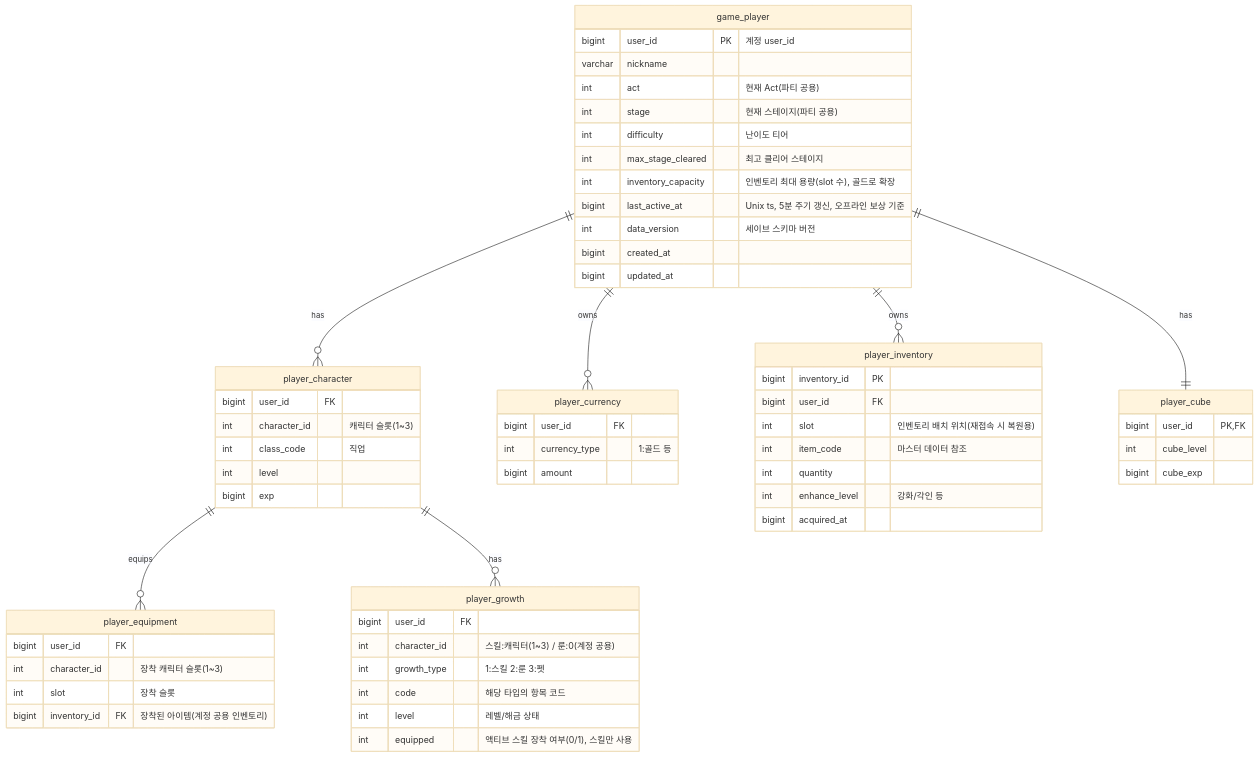
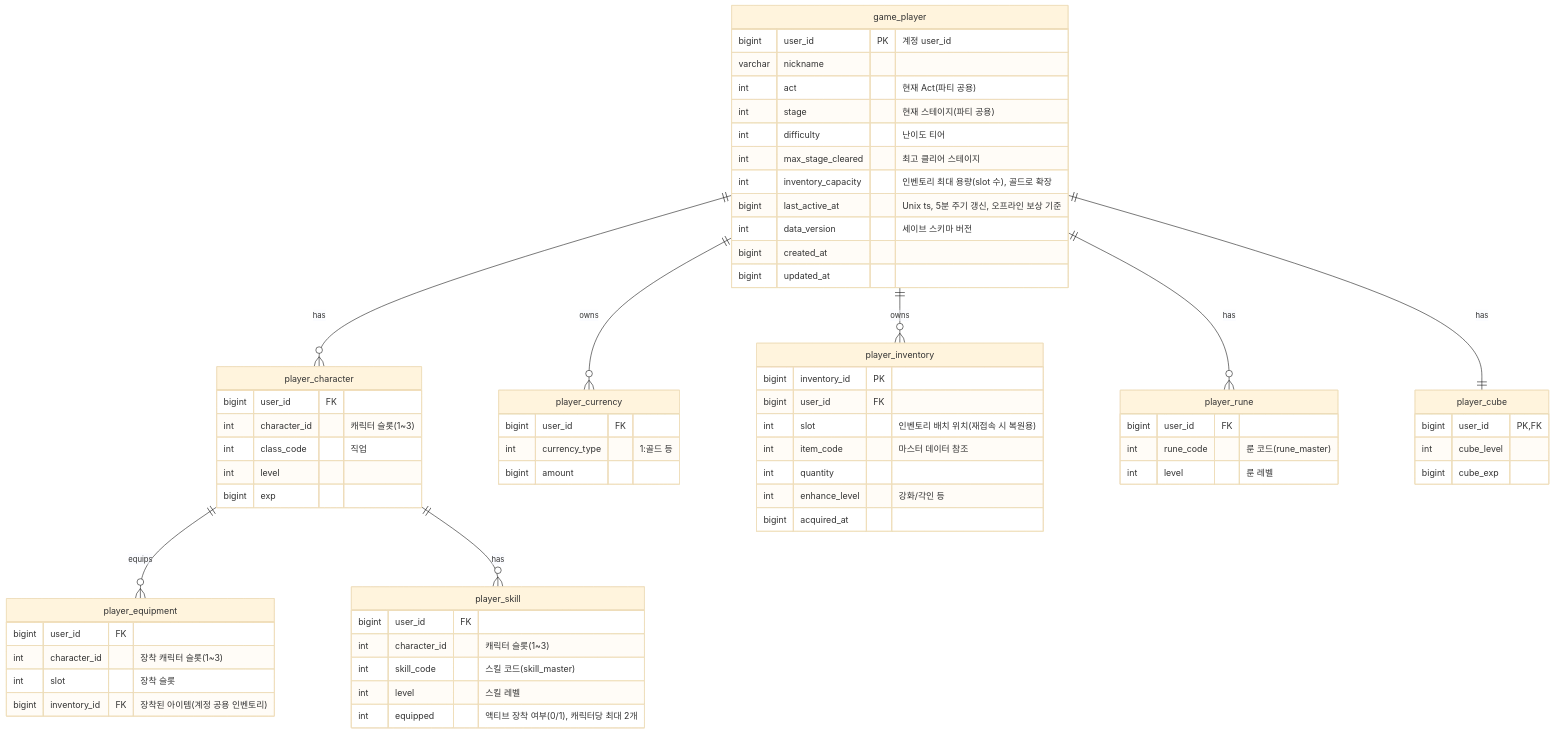
Before and after one commit to ks-wook/com2us-taskbar-hero: the diagram in docs/세부/save-data-기획서.md, drawn with Mermaid (base theme). The commit also changed other lines of this file and 8 other files, not shown here.

Commit message:
api erd 문서 수정

````diff
--- a/docs/세부/save-data-기획서.md
+++ b/docs/세부/save-data-기획서.md
@@ -30,69 +33,75 @@
 ```mermaid
 erDiagram
     game_player      ||--o{ player_character : has
     game_player      ||--o{ player_currency  : owns
     game_player      ||--o{ player_inventory : owns
+    game_player      ||--o{ player_rune      : has
     game_player      ||--|| player_cube      : has
     player_character ||--o{ player_equipment : equips
-    player_character ||--o{ player_growth    : has
+    player_character ||--o{ player_skill     : has
 
     game_player {
         bigint  user_id PK "계정 user_id"
         varchar nickname
         int     act "현재 Act(파티 공용)"
         int     stage "현재 스테이지(파티 공용)"
         int     difficulty "난이도 티어"
         int     max_stage_cleared "최고 클리어 스테이지"
         int     inventory_capacity "인벤토리 최대 용량(slot 수), 골드로 확장"
         bigint  last_active_at "Unix ts, 5분 주기 갱신, 오프라인 보상 기준"
         int     data_version "세이브 스키마 버전"
         bigint  created_at
         bigint  updated_at
     }
 
     player_character {
         bigint  user_id FK
         int     character_id "캐릭터 슬롯(1~3)"
         int     class_code "직업"
         int     level
         bigint  exp
     }
 
     player_currency {
         bigint  user_id FK
         int     currency_type "1:골드 등"
         bigint  amount
     }
 
     player_inventory {
         bigint  inventory_id PK
         bigint  user_id FK
         int     slot "인벤토리 배치 위치(재접속 시 복원용)"
         int     item_code "마스터 데이터 참조"
         int     quantity
         int     enhance_level "강화/각인 등"
         bigint  acquired_at
     }
 
     player_equipment {
         bigint  user_id FK
         int     character_id "장착 캐릭터 슬롯(1~3)"
         int     slot "장착 슬롯"
         bigint  inventory_id FK "장착된 아이템(계정 공용 인벤토리)"
     }
 
-    player_growth {
+    player_skill {
         bigint  user_id FK
-        int     character_id "스킬:캐릭터(1~3) / 룬:0(계정 공용)"
-        int     growth_type "1:스킬 2:룬 3:펫"
-        int     code "해당 타입의 항목 코드"
-        int     level "레벨/해금 상태"
-        int     equipped "액티브 스킬 장착 여부(0/1), 스킬만 사용"
+        int     character_id "캐릭터 슬롯(1~3)"
+        int     skill_code "스킬 코드(skill_master)"
+        int     level "스킬 레벨"
+        int     equipped "액티브 장착 여부(0/1), 캐릭터당 최대 2개"
+    }
+
+    player_rune {
+        bigint  user_id FK
+        int     rune_code "룬 코드(rune_master)"
+        int     level "룬 레벨"
     }
 
     player_cube {
         bigint  user_id PK,FK
         int     cube_level
         bigint  cube_exp
     }
 ```
````
